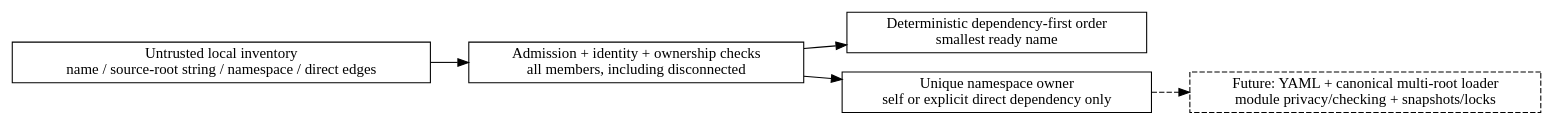
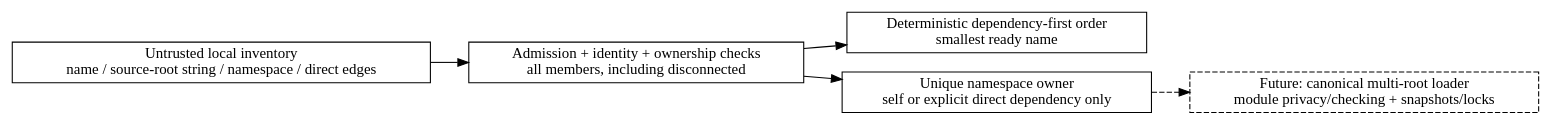
One commit to odunboye/fibril changed the diagram in docs/diagrams/workspaces.dot. Above: the diagram before and after it, drawn with Graphviz. The commit also changed 31 other files, not shown here.

```diff
--- a/docs/diagrams/workspaces.dot
+++ b/docs/diagrams/workspaces.dot
@@ -1,12 +1,12 @@
 digraph Workspaces {
   rankdir=LR;
   node [shape=box];
   inventory [label="Untrusted local inventory\nname / source-root string / namespace / direct edges"];
   validate [label="Admission + identity + ownership checks\nall members, including disconnected"];
   order [label="Deterministic dependency-first order\nsmallest ready name"];
   route [label="Unique namespace owner\nself or explicit direct dependency only"];
-  future [label="Future: YAML + canonical multi-root loader\nmodule privacy/checking + snapshots/locks", style=dashed];
+  future [label="Future: canonical multi-root loader\nmodule privacy/checking + snapshots/locks", style=dashed];
   inventory -> validate -> order;
   validate -> route;
   route -> future [style=dashed];
 }
```
